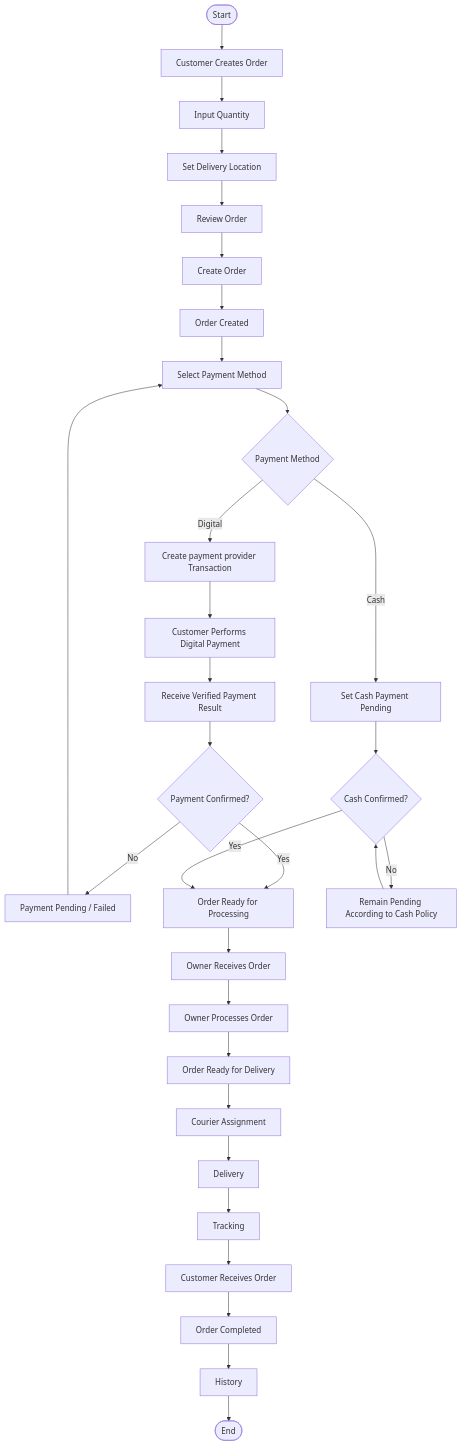
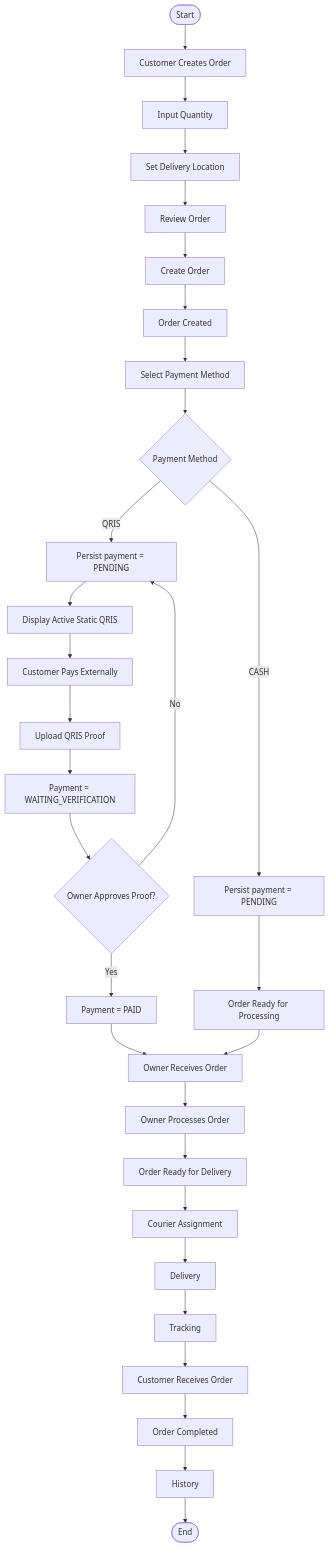
Before and after one commit to RadinataP/kyusui: the fifth of 23 diagrams in docs/04_KYUSUI_SYSTEM_WORKFLOW_REBUILT.md, drawn with Mermaid. The commit also changed other lines of this file and 3 other files, not shown here.

````diff
--- a/docs/04_KYUSUI_SYSTEM_WORKFLOW_REBUILT.md
+++ b/docs/04_KYUSUI_SYSTEM_WORKFLOW_REBUILT.md
@@ -559,39 +550,34 @@
 ``` mermaid
 flowchart TD
     A([Start]) --> B[Customer Creates Order]
     B --> C[Input Quantity]
     C --> D[Set Delivery Location]
     D --> E[Review Order]
     E --> F[Create Order]
 
     F --> G[Order Created]
     G --> H[Select Payment Method]
 
     H --> I{Payment Method}
-    I -- Digital --> J[Create payment provider Transaction]
-    I -- Cash --> K[Set Cash Payment Pending]
-
-    J --> L[Customer Performs Digital Payment]
-    L --> M[Receive Verified Payment Result]
-    M --> N{Payment Confirmed?}
-
-    N -- No --> O[Payment Pending / Failed]
-    O --> H
-    N -- Yes --> P[Order Ready for Processing]
-
-    K --> Q{Cash Confirmed?}
-    Q -- No --> R[Remain Pending According to Cash Policy]
-    R --> Q
-    Q -- Yes --> P
-
+    I -- QRIS --> J[Persist payment = PENDING]
+    J --> K[Display Active Static QRIS]
+    K --> L[Customer Pays Externally]
+    L --> M[Upload QRIS Proof]
+    M --> N[Payment = WAITING_VERIFICATION]
+    N --> O{Owner Approves Proof?}
+    O -- No --> J
+    O -- Yes --> P[Payment = PAID]
+    I -- CASH --> Q[Persist payment = PENDING]
+    Q --> R[Order Ready for Processing]
     P --> S[Owner Receives Order]
+    R --> S
     S --> T[Owner Processes Order]
     T --> U[Order Ready for Delivery]
     U --> V[Courier Assignment]
     V --> W[Delivery]
     W --> X[Tracking]
     X --> Y[Customer Receives Order]
     Y --> Z[Order Completed]
     Z --> AA[History]
     AA --> AB([End])
 ```
````
